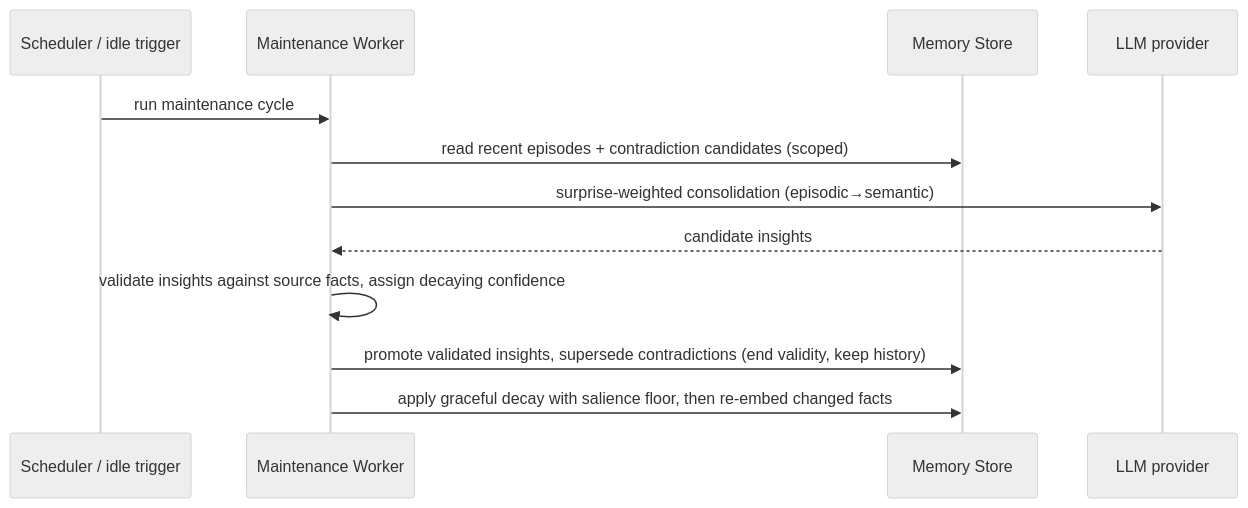
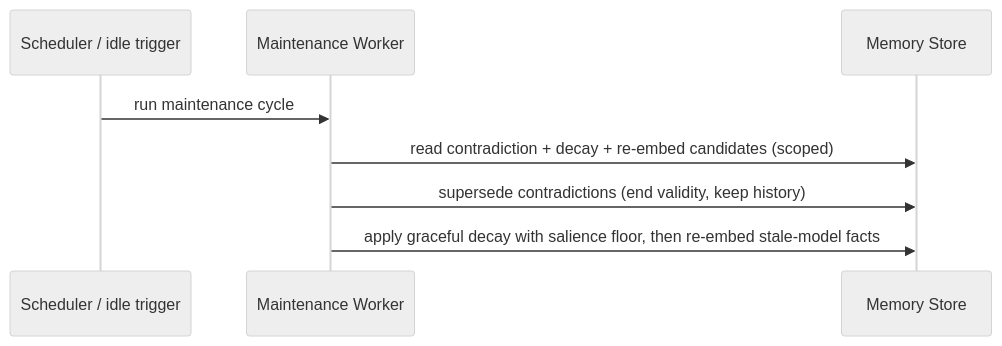
One commit to gatblau/recall changed the third of 4 diagrams in docs/design/agentic-memory/03-sequences.md. Above: the diagram before and after it, drawn with Mermaid (neutral theme). The commit also changed other lines of this file and 45 other files, not shown here.

First line of the commit message:
feat(recall): LLM-free — extraction & consolidation move to the agent (ADR-015)

````diff
--- a/docs/design/agentic-memory/03-sequences.md
+++ b/docs/design/agentic-memory/03-sequences.md
@@ -82,15 +82,11 @@
 ```mermaid
 sequenceDiagram
     participant Sched as Scheduler / idle trigger
     participant MW as Maintenance Worker
     participant Store as Memory Store
-    participant LLM as LLM provider
 
     Sched->>MW: run maintenance cycle
-    MW->>Store: read recent episodes + contradiction candidates (scoped)
-    MW->>LLM: surprise-weighted consolidation (episodic→semantic)
-    LLM-->>MW: candidate insights
-    MW->>MW: validate insights against source facts, assign decaying confidence
-    MW->>Store: promote validated insights, supersede contradictions (end validity, keep history)
-    MW->>Store: apply graceful decay with salience floor, then re-embed changed facts
+    MW->>Store: read contradiction + decay + re-embed candidates (scoped)
+    MW->>Store: supersede contradictions (end validity, keep history)
+    MW->>Store: apply graceful decay with salience floor, then re-embed stale-model facts
 ```
````
